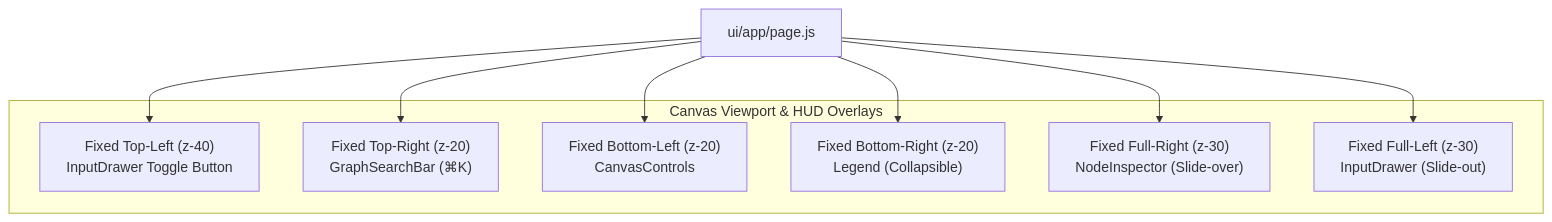
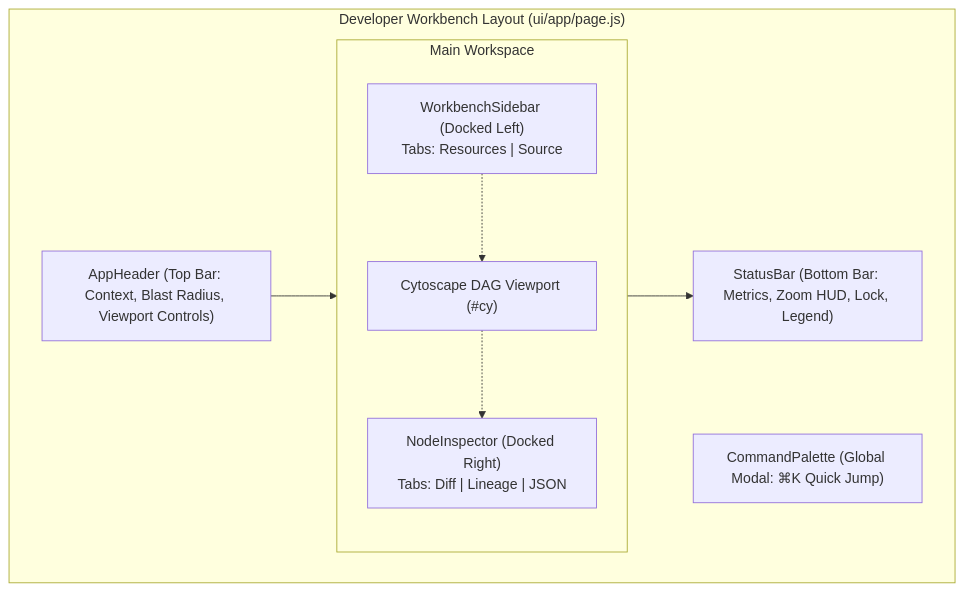
Before and after one commit to AatirNadim/plan-parse: the first of 4 diagrams in ui/components/README.md, drawn with Mermaid. The commit also changed other lines of this file and 6 other files, not shown here.

First line of the commit message:
refactor: Revamp UI documentation and component architecture for Developer Workbench

````diff
--- a/ui/components/README.md
+++ b/ui/components/README.md
@@ -13,18 +13,20 @@
 ```mermaid
 flowchart TD
-    subgraph ViewportHUD["Canvas Viewport & HUD Overlays"]
-        TopLeft["Fixed Top-Left (z-40)<br/>InputDrawer Toggle Button"]
-        TopRight["Fixed Top-Right (z-20)<br/>GraphSearchBar (⌘K)"]
-        BottomLeft["Fixed Bottom-Left (z-20)<br/>CanvasControls"]
-        BottomRight["Fixed Bottom-Right (z-20)<br/>Legend (Collapsible)"]
-        SlideRight["Fixed Full-Right (z-30)<br/>NodeInspector (Slide-over)"]
-        SlideLeft["Fixed Full-Left (z-30)<br/>InputDrawer (Slide-out)"]
+    subgraph Workbench["Developer Workbench Layout (ui/app/page.js)"]
+        Header["AppHeader (Top Bar: Context, Blast Radius, Viewport Controls)"]
+        
+        subgraph MiddleArea["Main Workspace"]
+            LeftSidebar["WorkbenchSidebar (Docked Left)<br/>Tabs: Resources | Source"]
+            CenterCanvas["Cytoscape DAG Viewport (#cy)"]
+            RightInspector["NodeInspector (Docked Right)<br/>Tabs: Diff | Lineage | JSON"]
+        end
+
+        Footer["StatusBar (Bottom Bar: Metrics, Zoom HUD, Lock, Legend)"]
+        Palette["CommandPalette (Global Modal: ⌘K Quick Jump)"]
+
+        Header --> MiddleArea
+        MiddleArea --> Footer
+        LeftSidebar -.-> CenterCanvas
+        CenterCanvas -.-> RightInspector
     end
-
-    Page["ui/app/page.js"] --> TopLeft
-    Page --> TopRight
-    Page --> BottomLeft
-    Page --> BottomRight
-    Page --> SlideRight
-    Page --> SlideLeft
 ```
````
